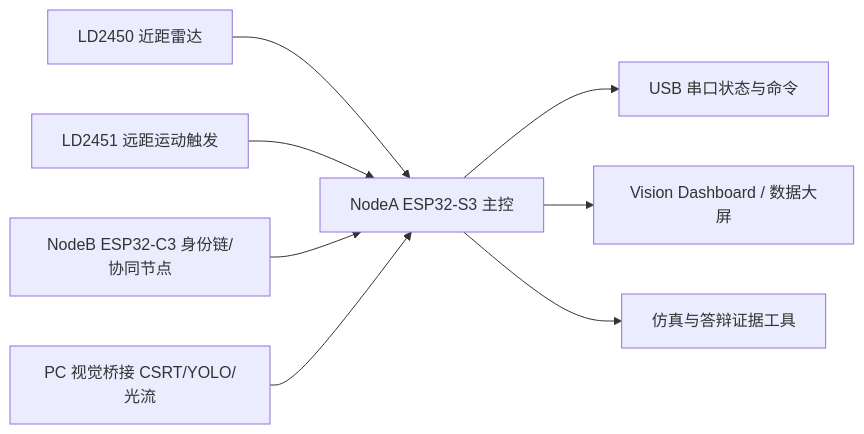
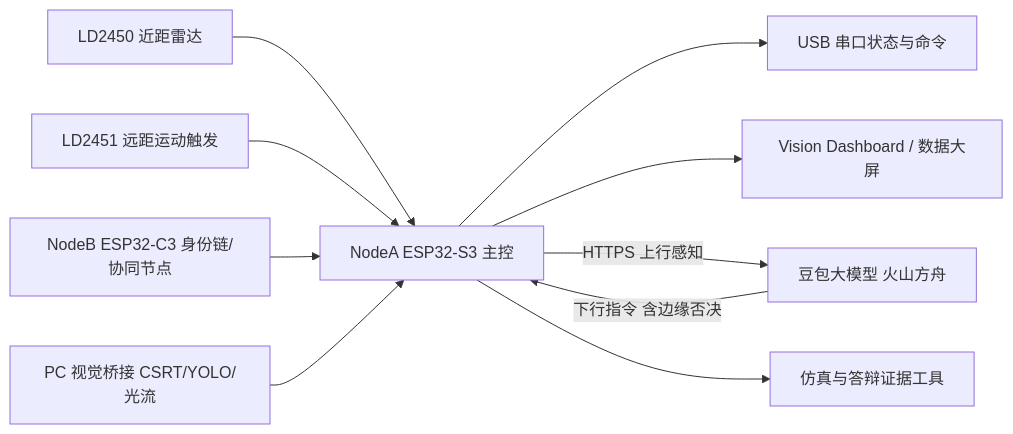
Before and after one commit to Weingic/Flytotal: the diagram in README.md, drawn with Mermaid. The commit also changed other lines of this file and 3 other files, not shown here.

````diff
--- a/README.md
+++ b/README.md
@@ -15,10 +15,12 @@
 ```mermaid
 flowchart LR
     LD2450[LD2450 近距雷达] --> NodeA[NodeA ESP32-S3 主控]
     LD2451[LD2451 远距运动触发] --> NodeA
     NodeB[NodeB ESP32-C3 身份链/协同节点] --> NodeA
     Vision[PC 视觉桥接 CSRT/YOLO/光流] --> NodeA
     NodeA --> Serial[USB 串口状态与命令]
     NodeA --> Dashboard[Vision Dashboard / 数据大屏]
+    NodeA -->|HTTPS 上行感知| Cloud[豆包大模型 火山方舟]
+    Cloud -->|下行指令 含边缘否决| NodeA
     NodeA --> Evidence[仿真与答辩证据工具]
 ```
````
